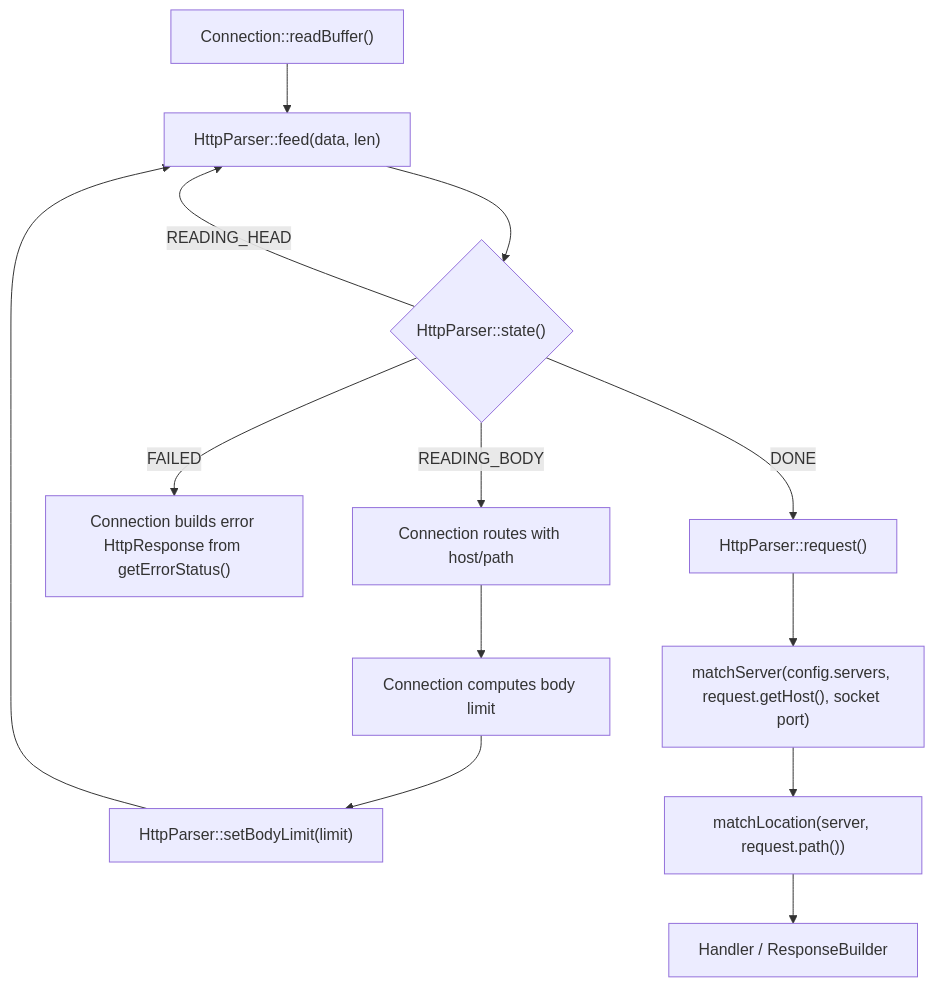
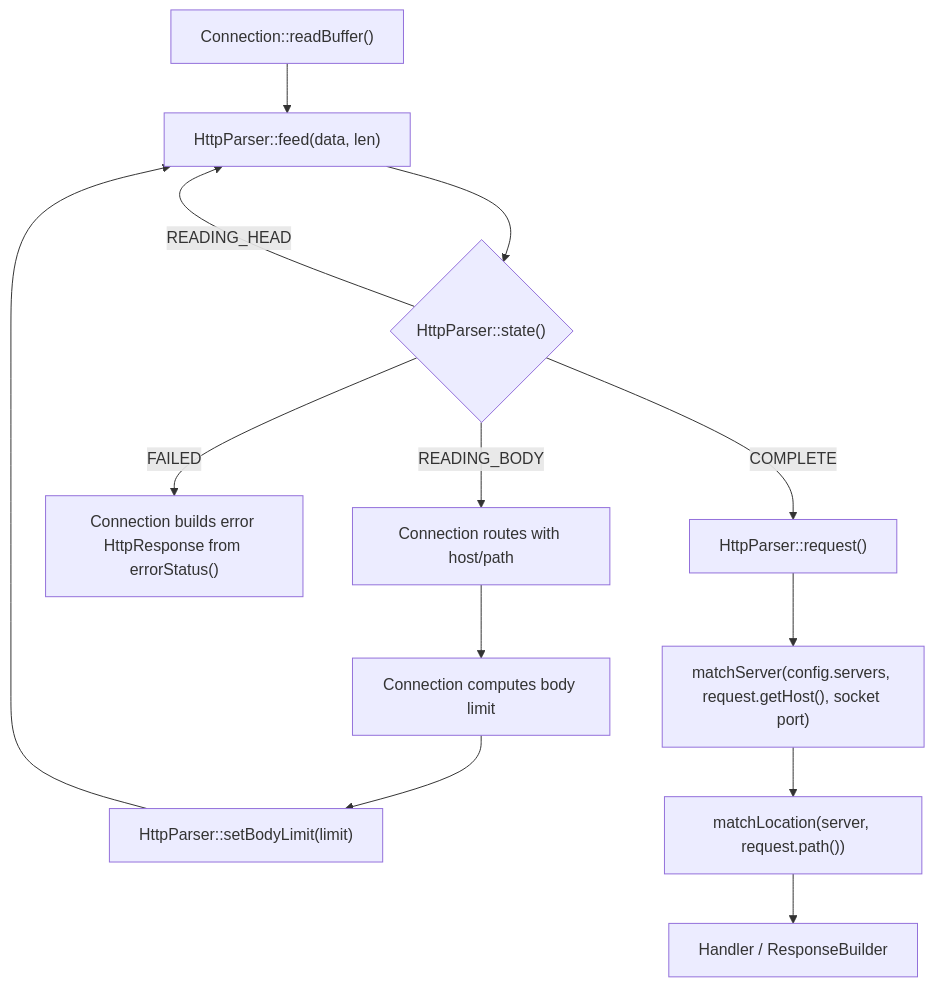
One commit to gkrtjd99/Webserv changed the first of 7 diagrams in docs/HTTP/request-parser-design.md. Above: the diagram before and after it, drawn with Mermaid. The commit also changed other lines of this file and 5 other files, not shown here.

Commit message:
feat(http): decode chunked request bodies

````diff
--- a/docs/HTTP/request-parser-design.md
+++ b/docs/HTTP/request-parser-design.md
@@ -30,15 +30,15 @@
 ```mermaid
 flowchart TD
     A["Connection::readBuffer()"] --> B["HttpParser::feed(data, len)"]
     B --> C{"HttpParser::state()"}
     C -->|"READING_HEAD"| B
     C -->|"READING_BODY"| I["Connection routes with host/path"]
     I --> J["Connection computes body limit"]
     J --> K["HttpParser::setBodyLimit(limit)"]
     K --> B
-    C -->|"FAILED"| D["Connection builds error HttpResponse from getErrorStatus()"]
-    C -->|"DONE"| E["HttpParser::request()"]
+    C -->|"FAILED"| D["Connection builds error HttpResponse from errorStatus()"]
+    C -->|"COMPLETE"| E["HttpParser::request()"]
     E --> F["matchServer(config.servers, request.getHost(), socket port)"]
     F --> G["matchLocation(server, request.path())"]
     G --> H["Handler / ResponseBuilder"]
 ```
````
